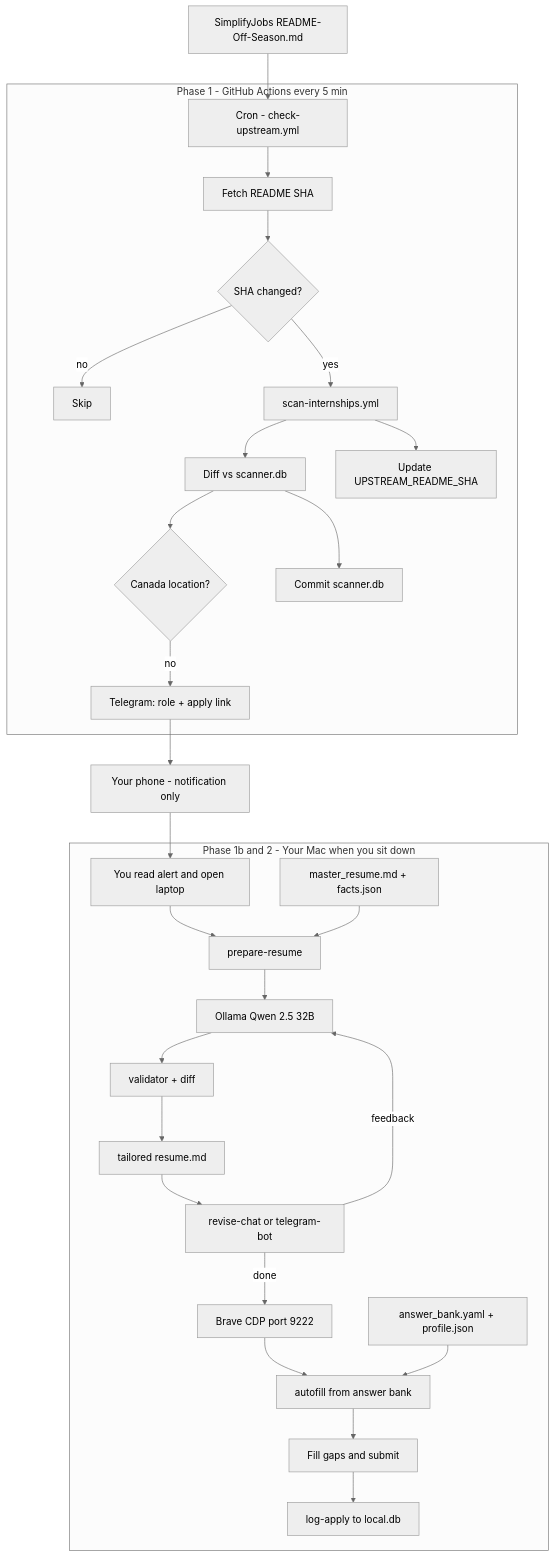
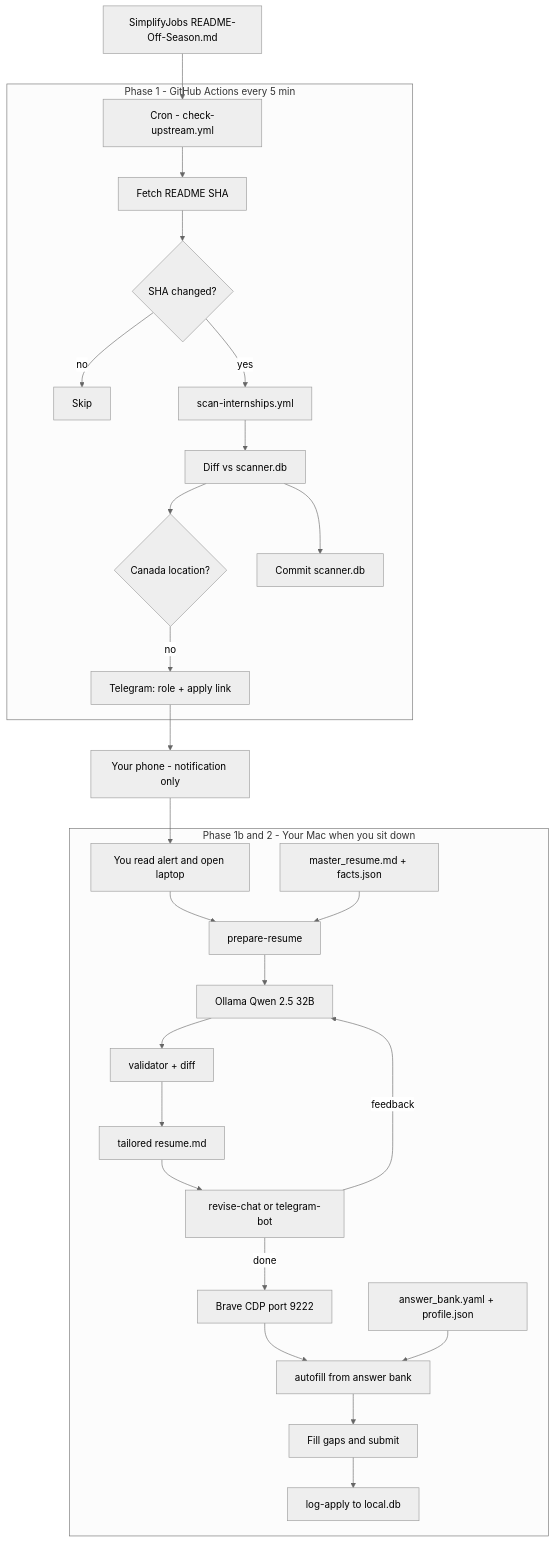
The diagram in README.md (AnushSonone/job-apply-assistant), drawn with Mermaid (neutral theme) before and after one commit. The commit also changed other lines of this file and 2 other files, not shown here.

Commit message:
Fix CI: read upstream SHA from scanner.db instead of repo variable.
GITHUB_TOKEN cannot set repository variables (403). Store upstream_sha in sync_state and drop the gh variable step.

````diff
--- a/README.md
+++ b/README.md
@@ -9,49 +9,46 @@
 ```mermaid
 flowchart TB
     SJ[SimplifyJobs README-Off-Season.md]
 
     subgraph CI[Phase 1 - GitHub Actions every 5 min]
         CRON[Cron - check-upstream.yml]
         SHA[Fetch README SHA]
         CHANGED{SHA changed?}
         SKIP[Skip]
         SCAN[scan-internships.yml]
         DIFF[Diff vs scanner.db]
         FILTER{Canada location?}
         ALERT[Telegram: role + apply link]
         COMMIT[Commit scanner.db]
-        VAR[Update UPSTREAM_README_SHA]
     end
 
     PHONE[Your phone - notification only]
 
     subgraph LAPTOP[Phase 1b and 2 - Your Mac when you sit down]
         START[You read alert and open laptop]
         PREP[prepare-resume]
         OLLAMA[Ollama Qwen 2.5 32B]
         MASTER[master_resume.md + facts.json]
         VALID[validator + diff]
         RESUME[tailored resume.md]
         REVISE[revise-chat or telegram-bot]
         BRAVE[Brave CDP port 9222]
         AUTO[autofill from answer bank]
         BANK[answer_bank.yaml + profile.json]
         MANUAL[Fill gaps and submit]
         LOG[log-apply to local.db]
 
         START --> PREP --> OLLAMA --> VALID --> RESUME --> REVISE
         REVISE -->|feedback| OLLAMA
         REVISE -->|done| BRAVE --> AUTO --> MANUAL --> LOG
         MASTER --> PREP
         BANK --> AUTO
     end
 
     SJ --> CRON --> SHA --> CHANGED
     CHANGED -->|no| SKIP
     CHANGED -->|yes| SCAN --> DIFF --> COMMIT
     DIFF --> FILTER
     FILTER -->|no| ALERT --> PHONE
-    SCAN --> VAR
-
     PHONE --> START
 ```
````
